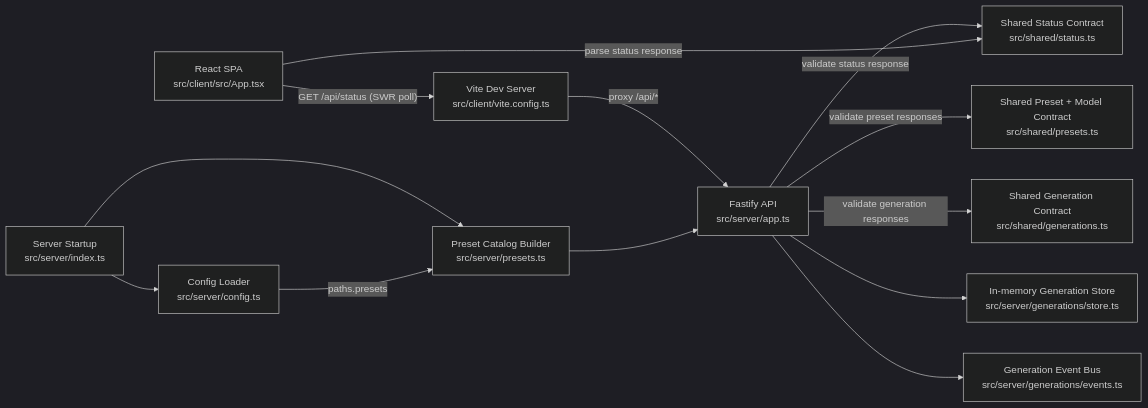
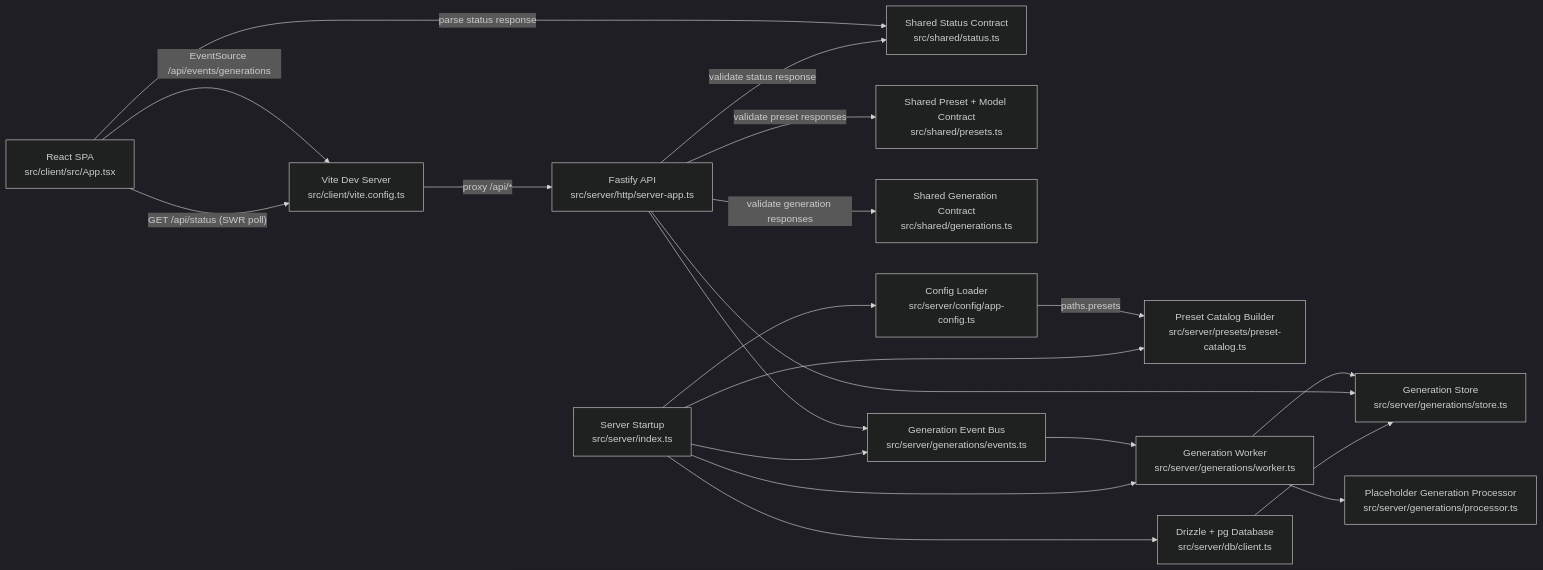
The first of 3 diagrams in docs/architecture.MD (marianban/fuzzy-guacamole), drawn with Mermaid (dark theme) before and after one commit. The commit also changed other lines of this file and 10 other files, not shown here.

Commit message:
feat: implement generation worker with queue processing and placeholder processor

````diff
--- a/docs/architecture.MD
+++ b/docs/architecture.MD
@@ -7,27 +7,37 @@
 ```mermaid
 flowchart LR
   Browser["React SPA<br/>src/client/src/App.tsx"]
   Vite["Vite Dev Server<br/>src/client/vite.config.ts"]
-  API["Fastify API<br/>src/server/app.ts"]
+  API["Fastify API<br/>src/server/http/server-app.ts"]
   SharedStatus["Shared Status Contract<br/>src/shared/status.ts"]
   SharedPresets["Shared Preset + Model Contract<br/>src/shared/presets.ts"]
   SharedGenerations["Shared Generation Contract<br/>src/shared/generations.ts"]
   Startup["Server Startup<br/>src/server/index.ts"]
-  Config["Config Loader<br/>src/server/config.ts"]
-  Presets["Preset Catalog Builder<br/>src/server/presets.ts"]
-  GenerationStore["In-memory Generation Store<br/>src/server/generations/store.ts"]
+  Config["Config Loader<br/>src/server/config/app-config.ts"]
+  Presets["Preset Catalog Builder<br/>src/server/presets/preset-catalog.ts"]
+  Database["Drizzle + pg Database<br/>src/server/db/client.ts"]
+  GenerationStore["Generation Store<br/>src/server/generations/store.ts"]
   GenerationEvents["Generation Event Bus<br/>src/server/generations/events.ts"]
+  Worker["Generation Worker<br/>src/server/generations/worker.ts"]
+  Processor["Placeholder Generation Processor<br/>src/server/generations/processor.ts"]
 
   Browser -->|"GET /api/status (SWR poll)"| Vite
+  Browser -->|"EventSource /api/events/generations"| Vite
   Vite -->|"proxy /api/*"| API
   API -->|"validate status response"| SharedStatus
   API -->|"validate preset responses"| SharedPresets
   API -->|"validate generation responses"| SharedGenerations
   Browser -->|"parse status response"| SharedStatus
   Startup --> Config
   Startup --> Presets
+  Startup --> Database
+  Startup --> GenerationEvents
+  Startup --> Worker
   Config -->|"paths.presets"| Presets
-  Presets --> API
+  Database --> GenerationStore
   API --> GenerationStore
   API --> GenerationEvents
+  GenerationEvents --> Worker
+  Worker --> GenerationStore
+  Worker --> Processor
 ```
````
